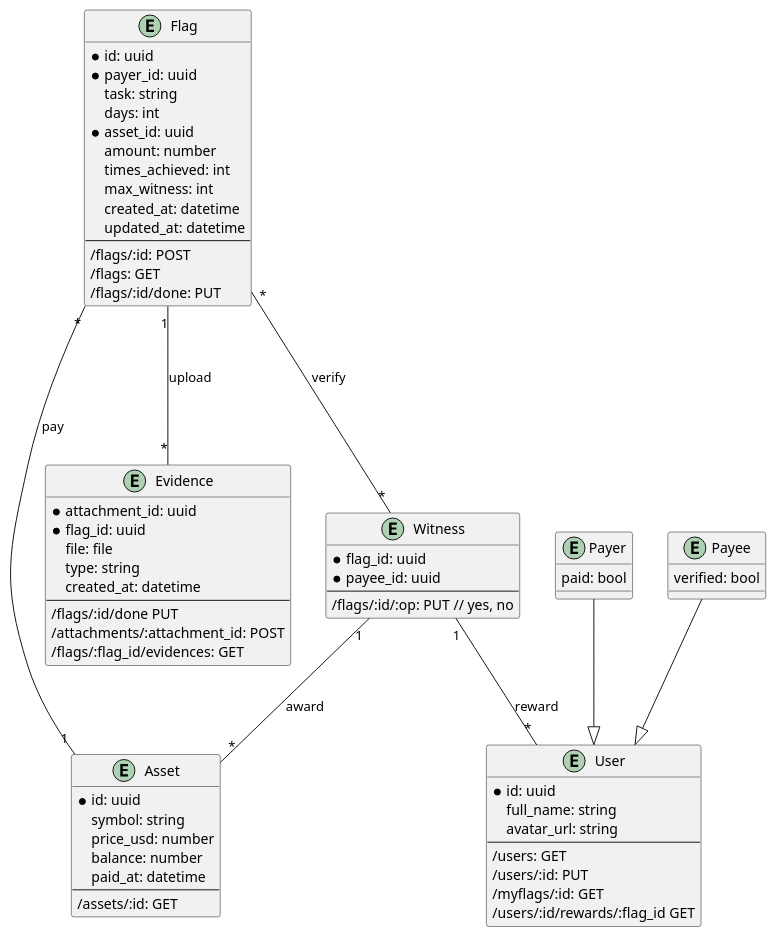
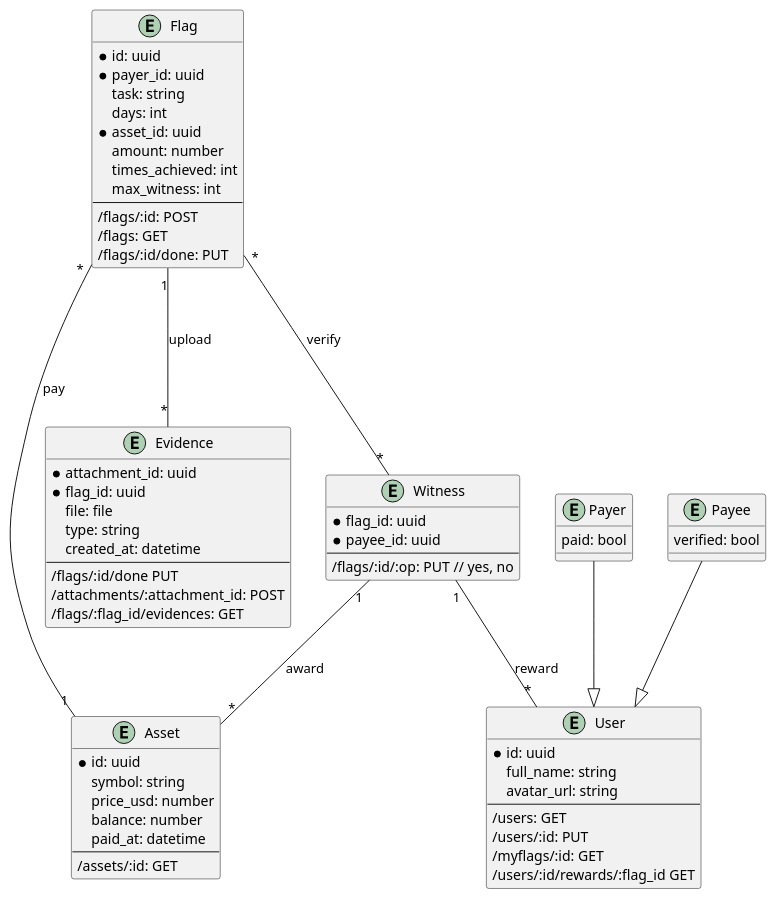
Before and after one commit to PioneerDev/setflags: the diagram in docs/models.puml, drawn with PlantUML. The commit also changed 3 other files, not shown here.

```diff
--- a/docs/models.puml
+++ b/docs/models.puml
@@ -1,77 +1,75 @@
 @startuml
 
 entity User {
    * id: uuid
    full_name: string
    avatar_url: string
    --
    /users: GET
    /users/:id: PUT
    /myflags/:id: GET
    /users/:id/rewards/:flag_id GET
 }
 
 entity Flag {
     * id: uuid
     * payer_id: uuid
     task: string
     days: int
     * asset_id: uuid
     amount: number
     times_achieved: int
     max_witness: int
-    created_at: datetime
-    updated_at: datetime
     --
     /flags/:id: POST
     /flags: GET
     /flags/:id/done: PUT
 }
 
 entity Asset {
     * id: uuid
     symbol: string
     price_usd: number
     balance: number
     paid_at: datetime
     --
     /assets/:id: GET
 }
 
 entity Evidence {
     * attachment_id: uuid
     * flag_id: uuid
     file: file
     type: string
     created_at: datetime
     --
     /flags/:id/done PUT
     /attachments/:attachment_id: POST
     /flags/:flag_id/evidences: GET
 }
 
 entity Witness {
     * flag_id: uuid
     * payee_id: uuid
     --
     /flags/:id/:op: PUT // yes, no
 }
 
 entity Payer {
     paid: bool
 }
 
 entity Payee {
     verified: bool
 }
 
 Payer --|> User
 Payee --|> User
 
 Flag "1" --- "*" Evidence: upload
 Flag "*" --- "1" Asset: pay
 Flag "*" --- "*" Witness: verify
 Witness "1" -- "*" Asset: award 
 Witness "1" -- "*" User: reward 
 
 @enduml
```
